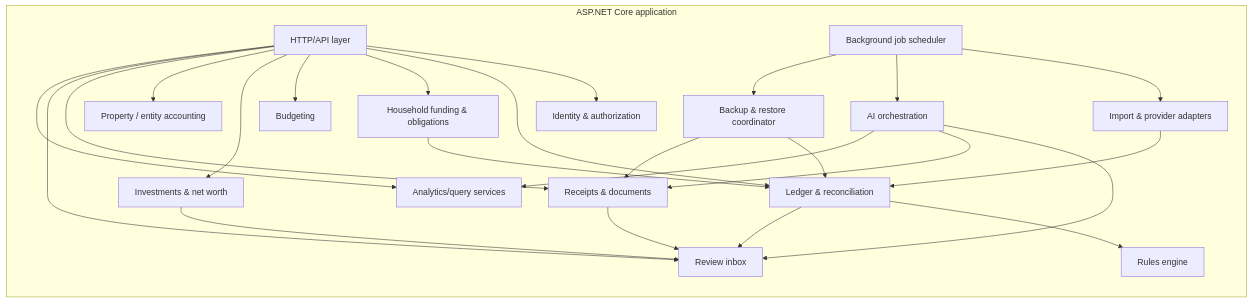
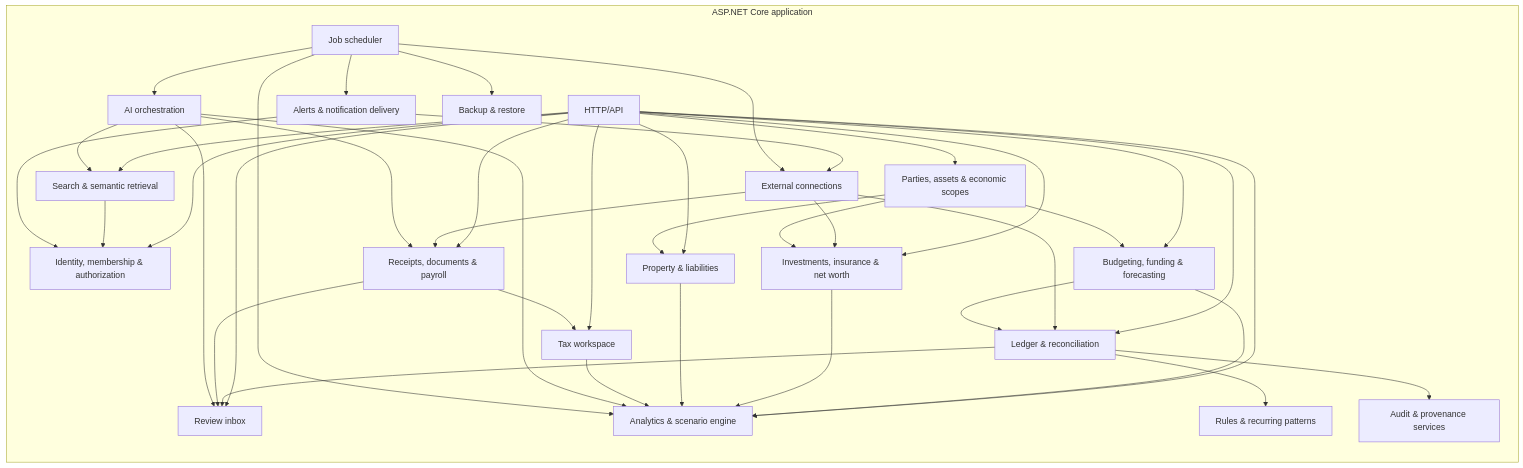
The third of 9 diagrams in docs/explanation/architecture.md (blac9216/Pryvance), drawn with Mermaid before and after one commit. The commit also changed other lines of this file, not shown here.

Commit message:
docs: expand target-state C4 architecture

````diff
--- a/docs/explanation/architecture.md
+++ b/docs/explanation/architecture.md
@@ -60,45 +69,65 @@
 ```mermaid
 flowchart LR
     subgraph API[ASP.NET Core application]
-      Http[HTTP/API layer]
-      Auth[Identity & authorization]
+      Http[HTTP/API]
+      Identity[Identity, membership & authorization]
       Ledger[Ledger & reconciliation]
-      Household[Household funding & obligations]
-      Budget[Budgeting]
-      Invest[Investments & net worth]
-      Property[Property / entity accounting]
-      Records[Receipts & documents]
+      Scope[Parties, assets & economic scopes]
+      Planning[Budgeting, funding & forecasting]
+      Wealth[Investments, insurance & net worth]
+      Property[Property & liabilities]
+      Records[Receipts, documents & payroll]
+      Tax[Tax workspace]
       Review[Review inbox]
-      Rules[Rules engine]
-      Analytics[Analytics/query services]
+      Rules[Rules & recurring patterns]
+      Analytics[Analytics & scenario engine]
+      SearchC[Search & semantic retrieval]
       AIOrch[AI orchestration]
-      Import[Import & provider adapters]
-      BackupCoord[Backup & restore coordinator]
-      Jobs[Background job scheduler]
+      Integrations[External connections]
+      Notify[Alerts & notification delivery]
+      Audit[Audit & provenance services]
+      BackupCoord[Backup & restore]
+      Jobs[Job scheduler]
     end
 
-    Http --> Auth
+    Http --> Identity
     Http --> Ledger
-    Http --> Household
-    Http --> Budget
-    Http --> Invest
+    Http --> Scope
+    Http --> Planning
+    Http --> Wealth
     Http --> Property
     Http --> Records
+    Http --> Tax
     Http --> Review
     Http --> Analytics
+    Http --> SearchC
 
-    Import --> Ledger
+    Integrations --> Ledger
+    Integrations --> Records
+    Integrations --> Wealth
     Ledger --> Rules
     Ledger --> Review
+    Ledger --> Audit
+    Scope --> Planning
+    Scope --> Wealth
+    Scope --> Property
+    Planning --> Ledger
+    Planning --> Analytics
+    Wealth --> Analytics
+    Property --> Analytics
+    Records --> Tax
     Records --> Review
-    Invest --> Review
-    Household --> Ledger
+    Tax --> Analytics
+    AIOrch --> Records
     AIOrch --> Review
-    AIOrch --> Records
     AIOrch --> Analytics
-    BackupCoord --> Ledger
-    BackupCoord --> Records
-    Jobs --> Import
+    AIOrch --> SearchC
+    SearchC --> Identity
+    Notify --> Identity
+    Notify --> Integrations
+    Jobs --> Integrations
     Jobs --> AIOrch
+    Jobs --> Notify
     Jobs --> BackupCoord
+    Jobs --> Analytics
 ```
````
